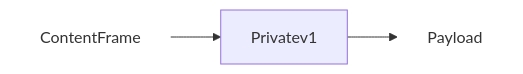
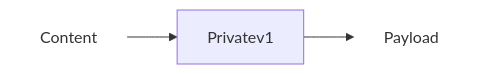
One commit to waku-org/specs changed the first of 3 diagrams in standards/application/privatev1.md. Above: the diagram before and after it, drawn with Mermaid. The commit also changed other lines of this file, not shown here.

Commit message:
Abstract away contentFrame

````diff
--- a/standards/application/privatev1.md
+++ b/standards/application/privatev1.md
@@ -52,5 +52,5 @@
 ```mermaid
 flowchart LR
-    ContentFrame:::plain--> Privatev1 --> Payload:::plain
+    Content:::plain--> Privatev1 --> Payload:::plain
     classDef plain fill:none,stroke:transparent;
 ```
````
